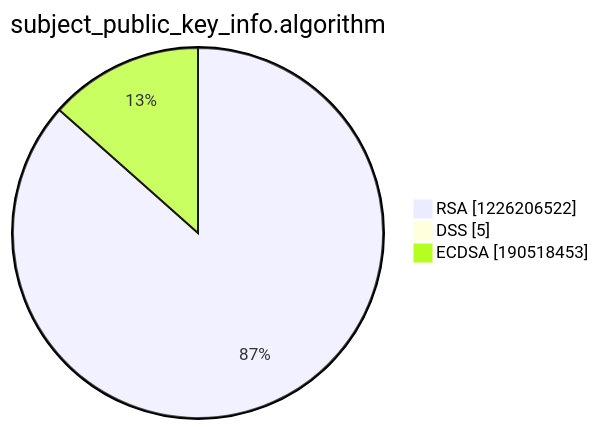
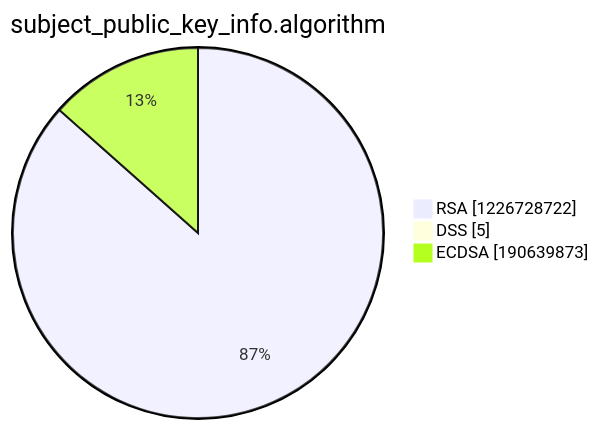
Before and after one commit to christiankrug/ctmonitor_visualization: the third of 15 diagrams in argon2022/README.md, drawn with Mermaid. The commit also changed other lines of this file, not shown here.

````diff
--- a/argon2022/README.md
+++ b/argon2022/README.md
@@ -14,7 +14,7 @@
 ```mermaid
 pie showData
 title subject_public_key_info.algorithm
-"RSA" :1226206522
+"RSA" :1226728722
 "DSS" :5
-"ECDSA" :190518453
+"ECDSA" :190639873
 ```
````
